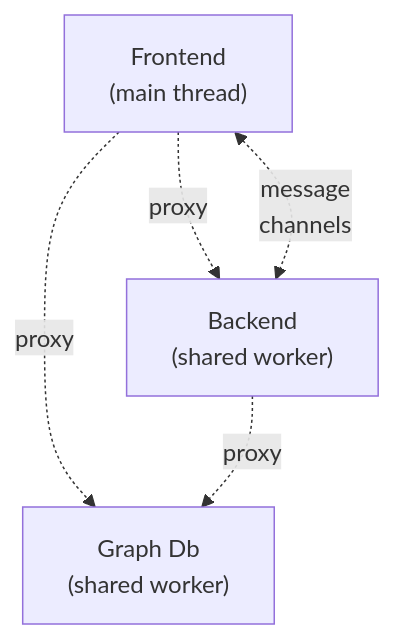
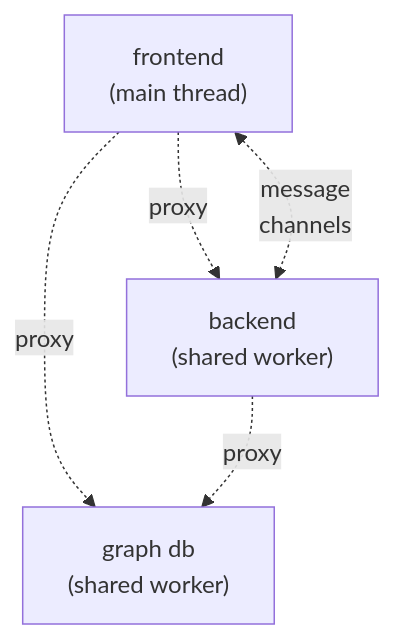
One commit to cybercongress/cyb-ts changed the first of 7 diagrams in docs/backend.md. Above: the diagram before and after it, drawn with Mermaid. The commit also changed other lines of this file and 6 other files, not shown here.

````diff
--- a/docs/backend.md
+++ b/docs/backend.md
@@ -10,7 +6,7 @@
 ```mermaid
 graph TD;
-        App["Frontend\n(main thread)"]-.proxy.->Backend["Backend\n(shared worker)"];
-        App-.proxy.->Db["Graph Db\n(shared worker)"];
+        App["frontend\n(main thread)"]-.proxy.->Backend["backend\n(shared worker)"];
+        App-.proxy.->Db["graph db\n(shared worker)"];
         Backend-.proxy.->Db;
         App<-.message\nchannels.->Backend;
 ```
````
